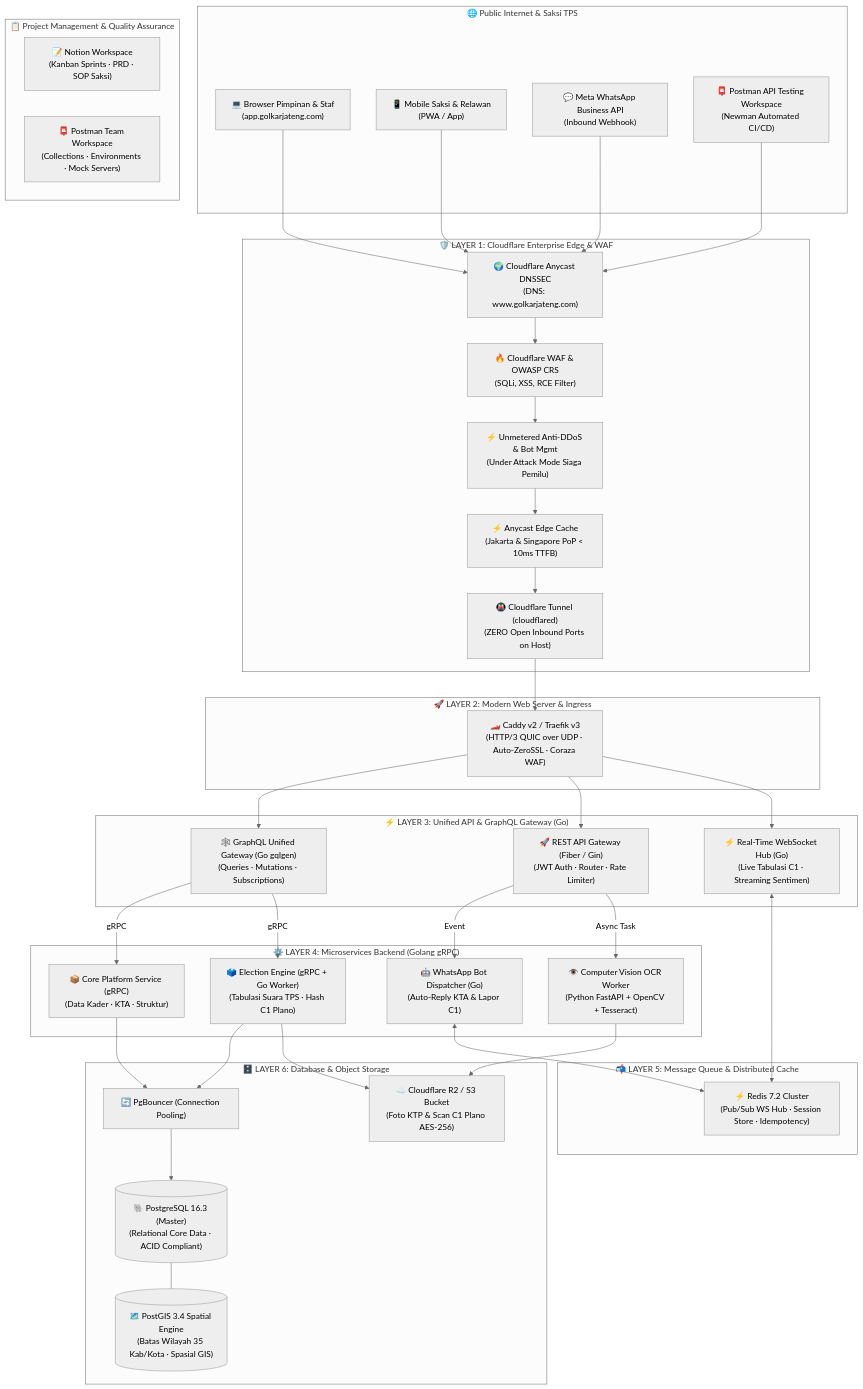
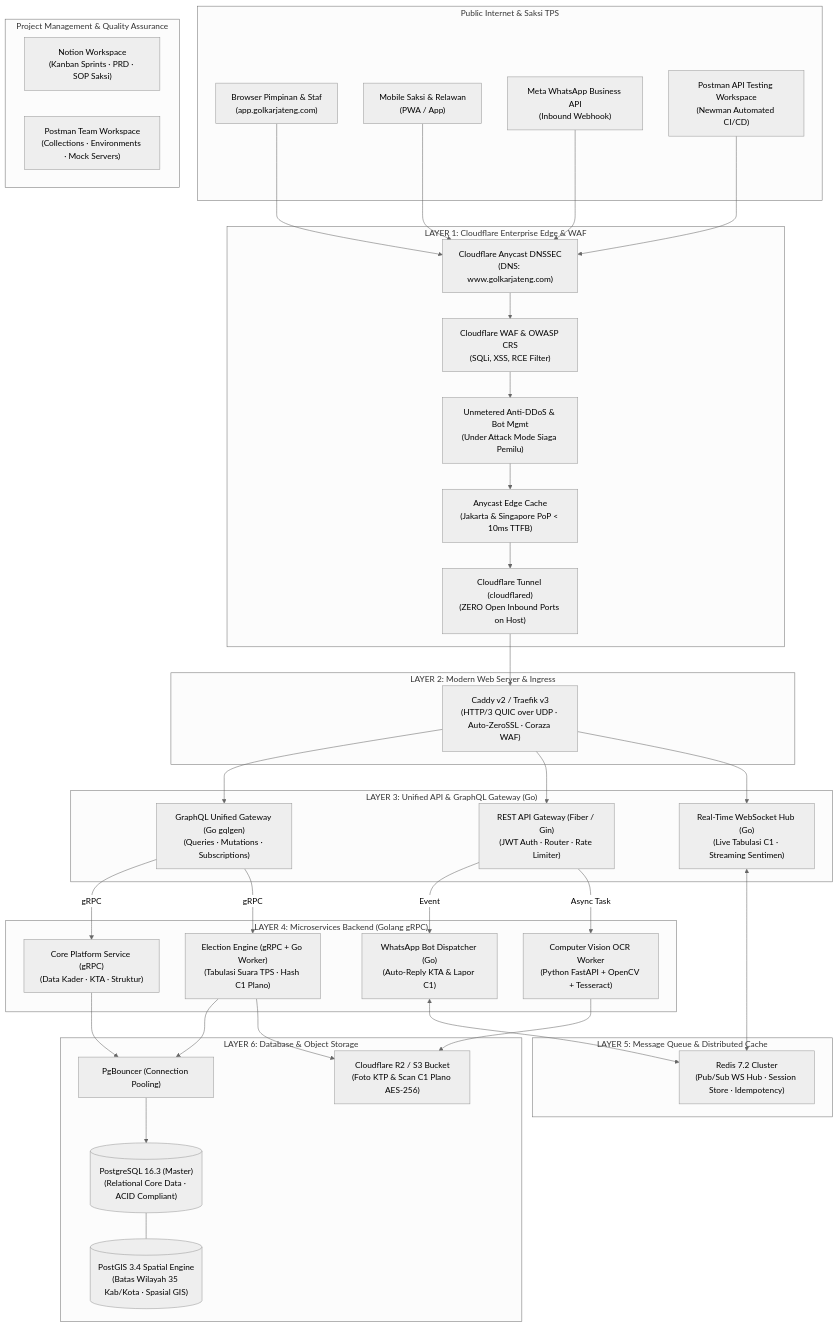
One commit to dimasoktavianprasetyo/golkarjateng changed the diagram in README.md. Above: the diagram before and after it, drawn with Mermaid (neutral theme). The commit also changed other lines of this file, not shown here.

Commit message:
docs: remove all emojis and update markdown anchor links in README

````diff
--- a/README.md
+++ b/README.md
@@ -69,82 +69,82 @@
 ```mermaid
 flowchart TB
-    subgraph InternetLayer ["🌐 Public Internet & Saksi TPS"]
-        USER_BROWSER["💻 Browser Pimpinan & Staf\n(app.golkarjateng.com)"]
-        MOBILE_SAKSI["📱 Mobile Saksi & Relawan\n(PWA / App)"]
-        META_WA["💬 Meta WhatsApp Business API\n(Inbound Webhook)"]
-        DEV_TEST["📮 Postman API Testing Workspace\n(Newman Automated CI/CD)"]
+    subgraph InternetLayer ["Public Internet & Saksi TPS"]
+        USER_BROWSER["Browser Pimpinan & Staf\n(app.golkarjateng.com)"]
+        MOBILE_SAKSI["Mobile Saksi & Relawan\n(PWA / App)"]
+        META_WA["Meta WhatsApp Business API\n(Inbound Webhook)"]
+        DEV_TEST["Postman API Testing Workspace\n(Newman Automated CI/CD)"]
     end
 
-    subgraph CloudflareEdge ["🛡️ LAYER 1: Cloudflare Enterprise Edge & WAF"]
-        CF_DNS["🌍 Cloudflare Anycast DNSSEC\n(DNS: www.golkarjateng.com)"]
-        CF_WAF["🔥 Cloudflare WAF & OWASP CRS\n(SQLi, XSS, RCE Filter)"]
-        CF_DDOS["⚡ Unmetered Anti-DDoS & Bot Mgmt\n(Under Attack Mode Siaga Pemilu)"]
-        CF_CDN["⚡ Anycast Edge Cache\n(Jakarta & Singapore PoP < 10ms TTFB)"]
-        CF_TUNNEL["🚇 Cloudflare Tunnel (cloudflared)\n(ZERO Open Inbound Ports on Host)"]
+    subgraph CloudflareEdge ["LAYER 1: Cloudflare Enterprise Edge & WAF"]
+        CF_DNS["Cloudflare Anycast DNSSEC\n(DNS: www.golkarjateng.com)"]
+        CF_WAF["Cloudflare WAF & OWASP CRS\n(SQLi, XSS, RCE Filter)"]
+        CF_DDOS["Unmetered Anti-DDoS & Bot Mgmt\n(Under Attack Mode Siaga Pemilu)"]
+        CF_CDN["Anycast Edge Cache\n(Jakarta & Singapore PoP < 10ms TTFB)"]
+        CF_TUNNEL["Cloudflare Tunnel (cloudflared)\n(ZERO Open Inbound Ports on Host)"]
     end
 
-    subgraph WebServerLayer ["🚀 LAYER 2: Modern Web Server & Ingress"]
-        CADDY_SERVER["🏎️ Caddy v2 / Traefik v3\n(HTTP/3 QUIC over UDP · Auto-ZeroSSL · Coraza WAF)"]
+    subgraph WebServerLayer ["LAYER 2: Modern Web Server & Ingress"]
+        CADDY_SERVER["Caddy v2 / Traefik v3\n(HTTP/3 QUIC over UDP · Auto-ZeroSSL · Coraza WAF)"]
     end
 
-    subgraph ApiGatewayMesh ["⚡ LAYER 3: Unified API & GraphQL Gateway (Go)"]
-        GQL_GATEWAY["🕸️ GraphQL Unified Gateway (Go gqlgen)\n(Queries · Mutations · Subscriptions)"]
-        REST_GATEWAY["🚀 REST API Gateway (Fiber / Gin)\n(JWT Auth · Router · Rate Limiter)"]
-        GO_WS_HUB["⚡ Real-Time WebSocket Hub (Go)\n(Live Tabulasi C1 · Streaming Sentimen)"]
+    subgraph ApiGatewayMesh ["LAYER 3: Unified API & GraphQL Gateway (Go)"]
+        GQL_GATEWAY["GraphQL Unified Gateway (Go gqlgen)\n(Queries · Mutations · Subscriptions)"]
+        REST_GATEWAY["REST API Gateway (Fiber / Gin)\n(JWT Auth · Router · Rate Limiter)"]
+        GO_WS_HUB["Real-Time WebSocket Hub (Go)\n(Live Tabulasi C1 · Streaming Sentimen)"]
     end
 
-    subgraph BackendMesh ["⚙️ LAYER 4: Microservices Backend (Golang gRPC)"]
-        GRPC_CORE["📦 Core Platform Service (gRPC)\n(Data Kader · KTA · Struktur)"]
-        GRPC_TABULASI["🗳️ Election Engine (gRPC + Go Worker)\n(Tabulasi Suara TPS · Hash C1 Plano)"]
-        GRPC_OCR["👁️ Computer Vision OCR Worker\n(Python FastAPI + OpenCV + Tesseract)"]
-        GO_WA_BOT["🤖 WhatsApp Bot Dispatcher (Go)\n(Auto-Reply KTA & Lapor C1)"]
+    subgraph BackendMesh ["LAYER 4: Microservices Backend (Golang gRPC)"]
+        GRPC_CORE["Core Platform Service (gRPC)\n(Data Kader · KTA · Struktur)"]
+        GRPC_TABULASI["Election Engine (gRPC + Go Worker)\n(Tabulasi Suara TPS · Hash C1 Plano)"]
+        GRPC_OCR["Computer Vision OCR Worker\n(Python FastAPI + OpenCV + Tesseract)"]
+        GO_WA_BOT["WhatsApp Bot Dispatcher (Go)\n(Auto-Reply KTA & Lapor C1)"]
     end
 
-    subgraph CachingBroker ["📬 LAYER 5: Message Queue & Distributed Cache"]
-        REDIS_CLUSTER["⚡ Redis 7.2 Cluster\n(Pub/Sub WS Hub · Session Store · Idempotency)"]
+    subgraph CachingBroker ["LAYER 5: Message Queue & Distributed Cache"]
+        REDIS_CLUSTER["Redis 7.2 Cluster\n(Pub/Sub WS Hub · Session Store · Idempotency)"]
     end
 
-    subgraph StorageLayer ["🗄️ LAYER 6: Database & Object Storage"]
-        POSTGRES_DB[("🐘 PostgreSQL 16.3 (Master)\n(Relational Core Data · ACID Compliant)")]
-        POSTGIS_EXT[("🗺️ PostGIS 3.4 Spatial Engine\n(Batas Wilayah 35 Kab/Kota · Spasial GIS)")]
-        PGBOUNCER["🔄 PgBouncer (Connection Pooling)"]
-        R2_S3["☁️ Cloudflare R2 / S3 Bucket\n(Foto KTP & Scan C1 Plano AES-256)"]
+    subgraph StorageLayer ["LAYER 6: Database & Object Storage"]
+        POSTGRES_DB[("PostgreSQL 16.3 (Master)\n(Relational Core Data · ACID Compliant)")]
+        POSTGIS_EXT[("PostGIS 3.4 Spatial Engine\n(Batas Wilayah 35 Kab/Kota · Spasial GIS)")]
+        PGBOUNCER["PgBouncer (Connection Pooling)"]
+        R2_S3["Cloudflare R2 / S3 Bucket\n(Foto KTP & Scan C1 Plano AES-256)"]
     end
 
-    subgraph ProjectManagement ["📋 Project Management & Quality Assurance"]
-        NOTION_PM["📝 Notion Workspace\n(Kanban Sprints · PRD · SOP Saksi)"]
-        POSTMAN_HUB["📮 Postman Team Workspace\n(Collections · Environments · Mock Servers)"]
+    subgraph ProjectManagement ["Project Management & Quality Assurance"]
+        NOTION_PM["Notion Workspace\n(Kanban Sprints · PRD · SOP Saksi)"]
+        POSTMAN_HUB["Postman Team Workspace\n(Collections · Environments · Mock Servers)"]
     end
 
     %% Flows
     USER_BROWSER --> CF_DNS
     MOBILE_SAKSI --> CF_DNS
     META_WA --> CF_DNS
     DEV_TEST --> CF_DNS
 
     CF_DNS --> CF_WAF
     CF_WAF --> CF_DDOS
     CF_DDOS --> CF_CDN
     CF_CDN --> CF_TUNNEL
 
     CF_TUNNEL --> CADDY_SERVER
     CADDY_SERVER --> GQL_GATEWAY
     CADDY_SERVER --> REST_GATEWAY
     CADDY_SERVER --> GO_WS_HUB
 
     GQL_GATEWAY -- gRPC --> GRPC_CORE
     GQL_GATEWAY -- gRPC --> GRPC_TABULASI
     REST_GATEWAY -- Event --> GO_WA_BOT
     REST_GATEWAY -- Async Task --> GRPC_OCR
 
     GO_WS_HUB <--> REDIS_CLUSTER
     GO_WA_BOT <--> REDIS_CLUSTER
 
     GRPC_CORE --> PGBOUNCER
     GRPC_TABULASI --> PGBOUNCER
     PGBOUNCER --> POSTGRES_DB
     POSTGRES_DB --- POSTGIS_EXT
 
     GRPC_OCR --> R2_S3
     GRPC_TABULASI --> R2_S3
 ```
````
